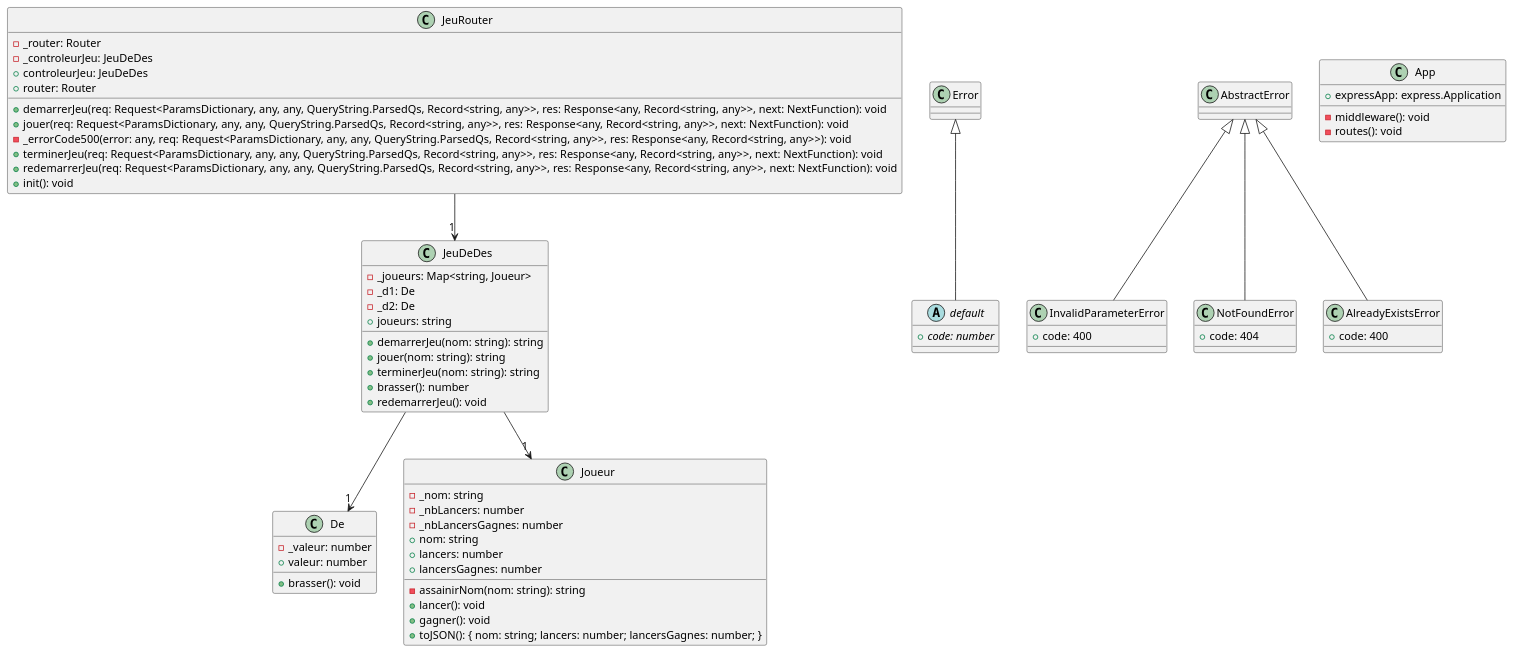
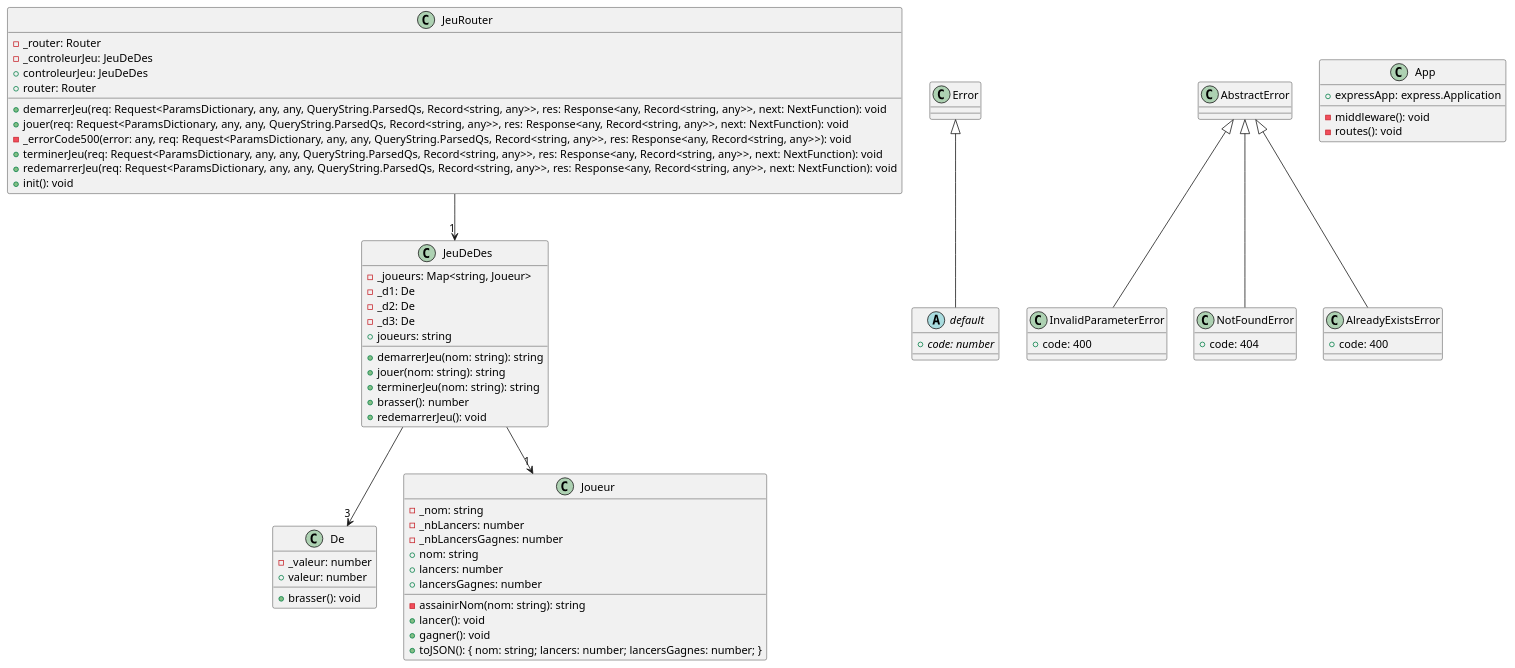
The diagram in docs/modeles/App.puml (cc-probitaille/laboratoire-0-NicolasLm10), drawn with PlantUML before and after one commit. The commit also changed 2 other files, not shown here.

```diff
--- a/docs/modeles/App.puml
+++ b/docs/modeles/App.puml
@@ -1,62 +1,63 @@
 @startuml
 class De {
     -_valeur: number
     +brasser(): void
     +valeur: number
 }
 abstract class default extends Error {
     +{abstract} code: number
 }
 class InvalidParameterError extends AbstractError {
     +code: 400
 }
 class Joueur {
     -_nom: string
     -_nbLancers: number
     -_nbLancersGagnes: number
     +nom: string
     -assainirNom(nom: string): string
     +lancers: number
     +lancersGagnes: number
     +lancer(): void
     +gagner(): void
     +toJSON(): { nom: string; lancers: number; lancersGagnes: number; }
 }
 class NotFoundError extends AbstractError {
     +code: 404
 }
 class AlreadyExistsError extends AbstractError {
     +code: 400
 }
 class JeuDeDes {
     -_joueurs: Map<string, Joueur>
     -_d1: De
     -_d2: De
+    -_d3: De
     +demarrerJeu(nom: string): string
     +jouer(nom: string): string
     +terminerJeu(nom: string): string
     +brasser(): number
     +joueurs: string
     +redemarrerJeu(): void
 }
 class JeuRouter {
     -_router: Router
     -_controleurJeu: JeuDeDes
     +controleurJeu: JeuDeDes
     +router: Router
     +demarrerJeu(req: Request<ParamsDictionary, any, any, QueryString.ParsedQs, Record<string, any>>, res: Response<any, Record<string, any>>, next: NextFunction): void
     +jouer(req: Request<ParamsDictionary, any, any, QueryString.ParsedQs, Record<string, any>>, res: Response<any, Record<string, any>>, next: NextFunction): void
     -_errorCode500(error: any, req: Request<ParamsDictionary, any, any, QueryString.ParsedQs, Record<string, any>>, res: Response<any, Record<string, any>>): void
     +terminerJeu(req: Request<ParamsDictionary, any, any, QueryString.ParsedQs, Record<string, any>>, res: Response<any, Record<string, any>>, next: NextFunction): void
     +redemarrerJeu(req: Request<ParamsDictionary, any, any, QueryString.ParsedQs, Record<string, any>>, res: Response<any, Record<string, any>>, next: NextFunction): void
     +init(): void
 }
 class App {
     +expressApp: express.Application
     -middleware(): void
     -routes(): void
 }
 JeuDeDes --> "1" Joueur
-JeuDeDes --> "1" De
+JeuDeDes --> "3" De
 JeuRouter --> "1" JeuDeDes
 @enduml
```
